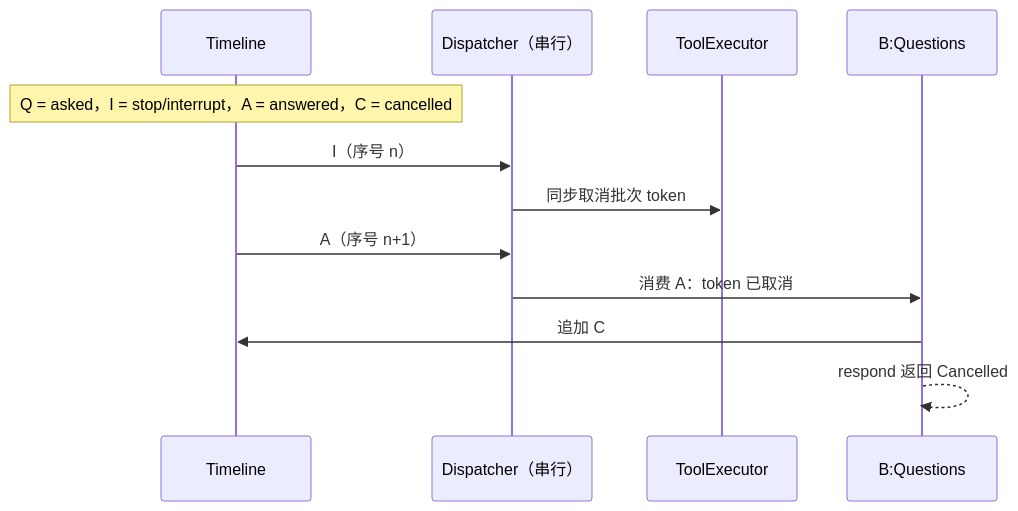
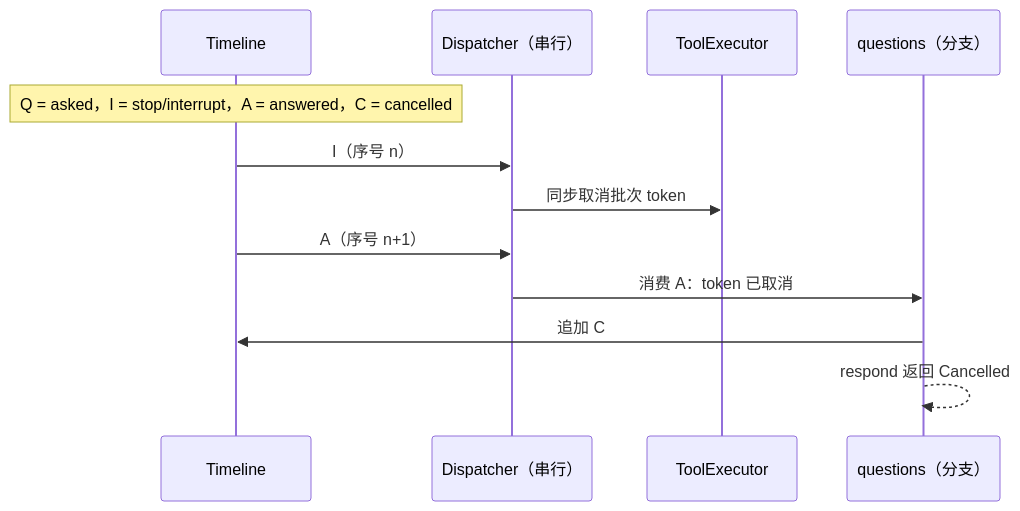
Before and after one commit to CoutinhoTTS/dim-agent: the fifth of 6 diagrams in docs/zh/design/plugins/Questions.md, drawn with Mermaid. The commit also changed other lines of this file and 18 other files, not shown here.

````diff
--- a/docs/zh/design/plugins/Questions.md
+++ b/docs/zh/design/plugins/Questions.md
@@ -138,14 +138,14 @@
 ```mermaid
 sequenceDiagram
   participant TL as Timeline
   participant D as Dispatcher（串行）
   participant TE as ToolExecutor
-  participant Q as B:Questions
+  participant Q as questions（分支）
   Note over TL: Q = asked，I = stop/interrupt，A = answered，C = cancelled
   TL->>D: I（序号 n）
   D->>TE: 同步取消批次 token
   TL->>D: A（序号 n+1）
   D->>Q: 消费 A：token 已取消
   Q->>TL: 追加 C
   Q-->>Q: respond 返回 Cancelled
 ```
````
